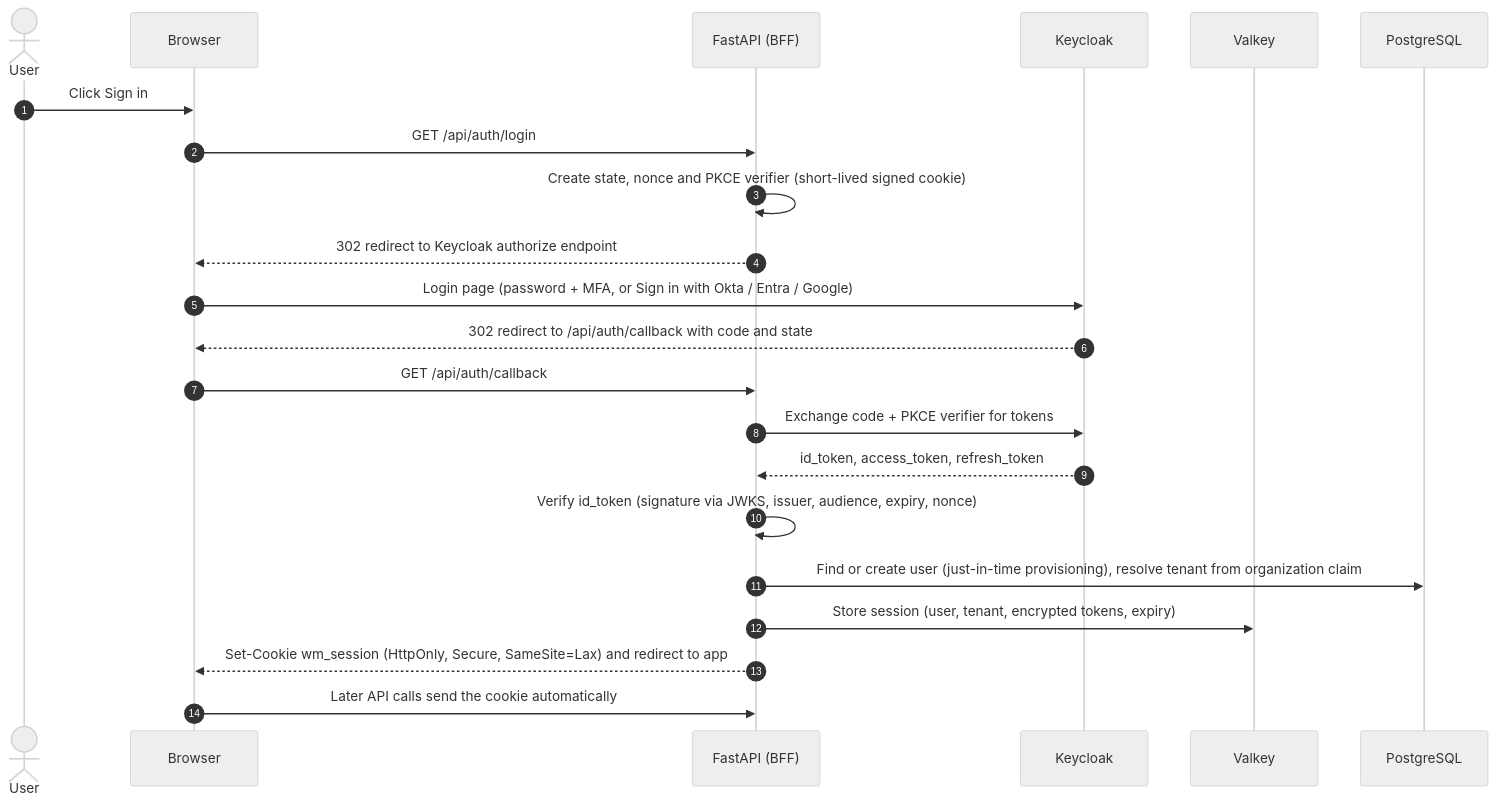
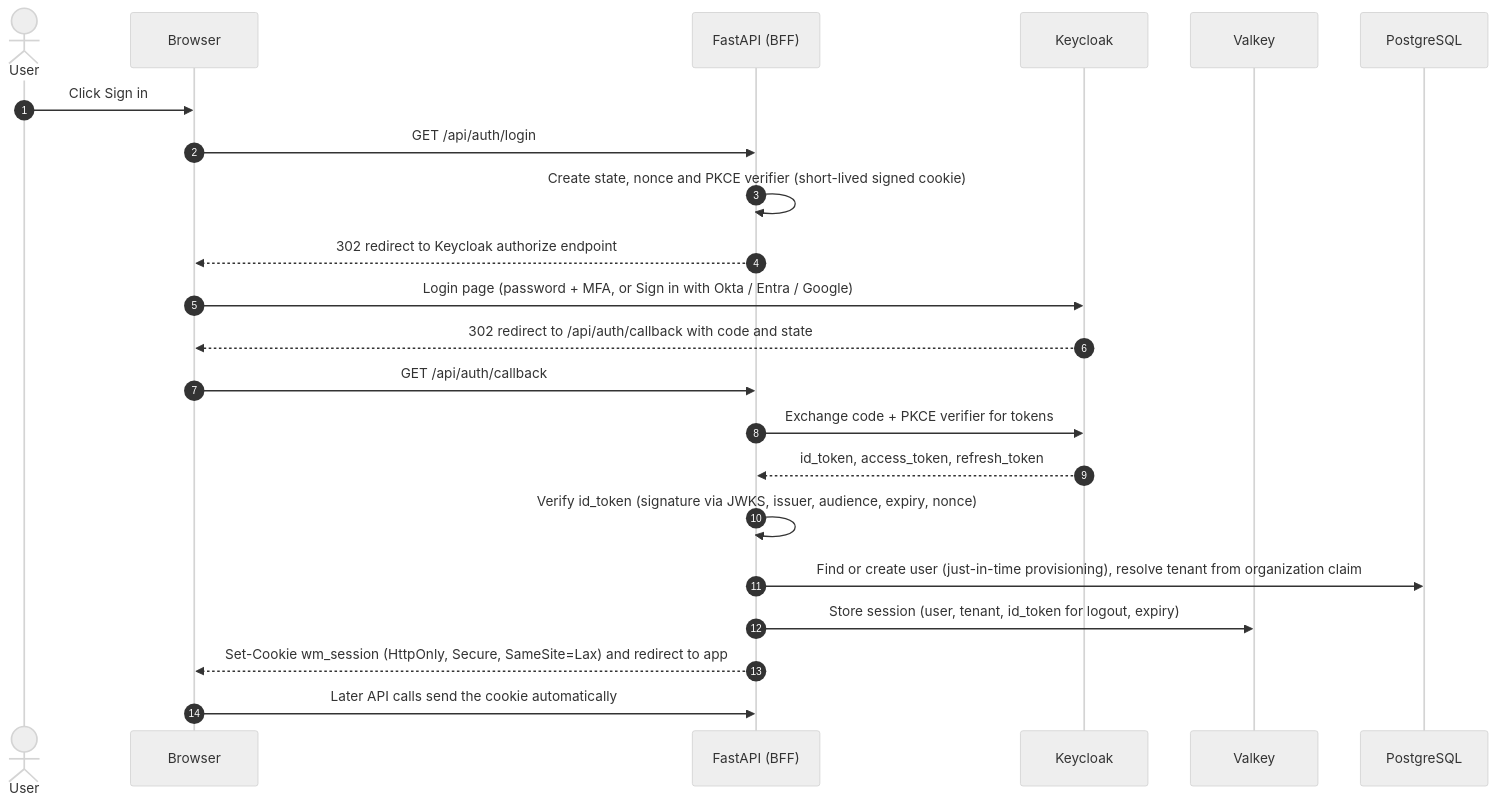
Before and after one commit to MatamDinesh0802/NeedWise: the second of 5 diagrams in docs/ARCHITECTURE.md, drawn with Mermaid (neutral theme). The commit also changed other lines of this file and 17 other files, not shown here.

````diff
--- a/docs/ARCHITECTURE.md
+++ b/docs/ARCHITECTURE.md
@@ -258,25 +289,25 @@
 ```mermaid
 sequenceDiagram
   autonumber
   actor U as User
   participant W as Browser
   participant A as FastAPI (BFF)
   participant K as Keycloak
   participant V as Valkey
   participant D as PostgreSQL
 
   U->>W: Click Sign in
   W->>A: GET /api/auth/login
   A->>A: Create state, nonce and PKCE verifier (short-lived signed cookie)
   A-->>W: 302 redirect to Keycloak authorize endpoint
   W->>K: Login page (password + MFA, or Sign in with Okta / Entra / Google)
   K-->>W: 302 redirect to /api/auth/callback with code and state
   W->>A: GET /api/auth/callback
   A->>K: Exchange code + PKCE verifier for tokens
   K-->>A: id_token, access_token, refresh_token
   A->>A: Verify id_token (signature via JWKS, issuer, audience, expiry, nonce)
   A->>D: Find or create user (just-in-time provisioning), resolve tenant from organization claim
-  A->>V: Store session (user, tenant, encrypted tokens, expiry)
+  A->>V: Store session (user, tenant, id_token for logout, expiry)
   A-->>W: Set-Cookie wm_session (HttpOnly, Secure, SameSite=Lax) and redirect to app
   W->>A: Later API calls send the cookie automatically
 ```
````
